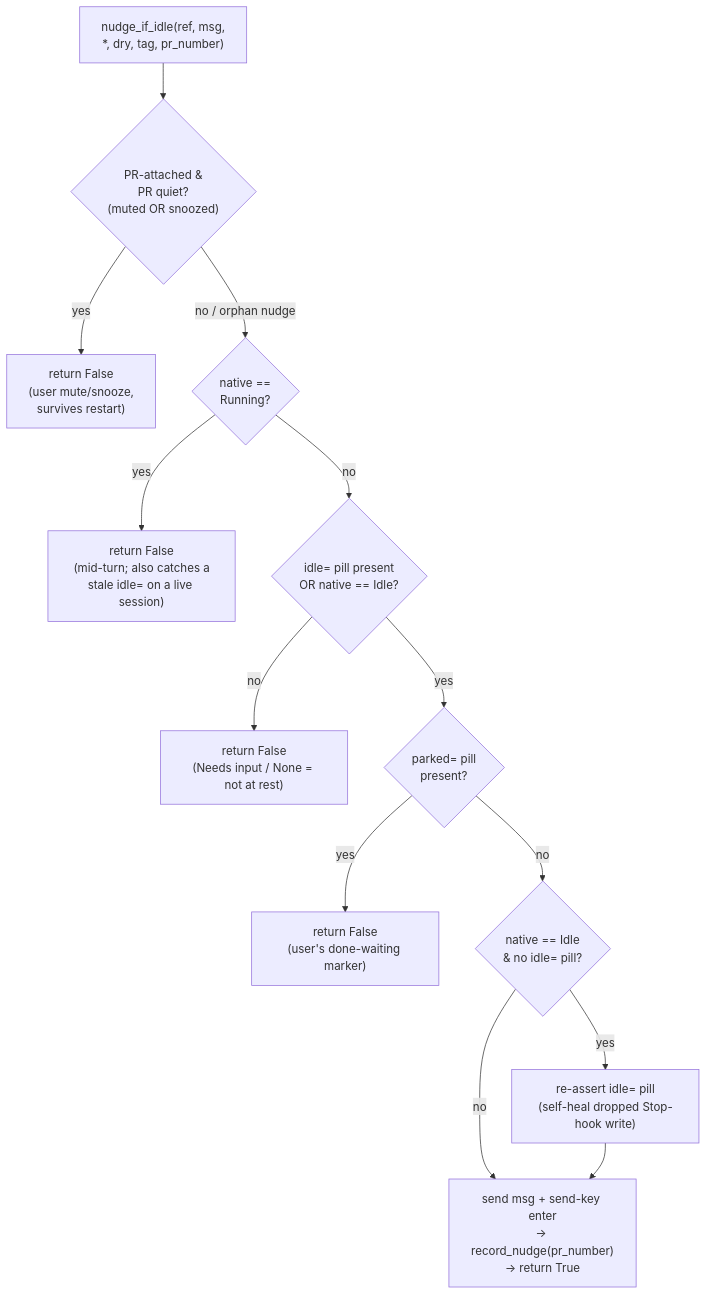
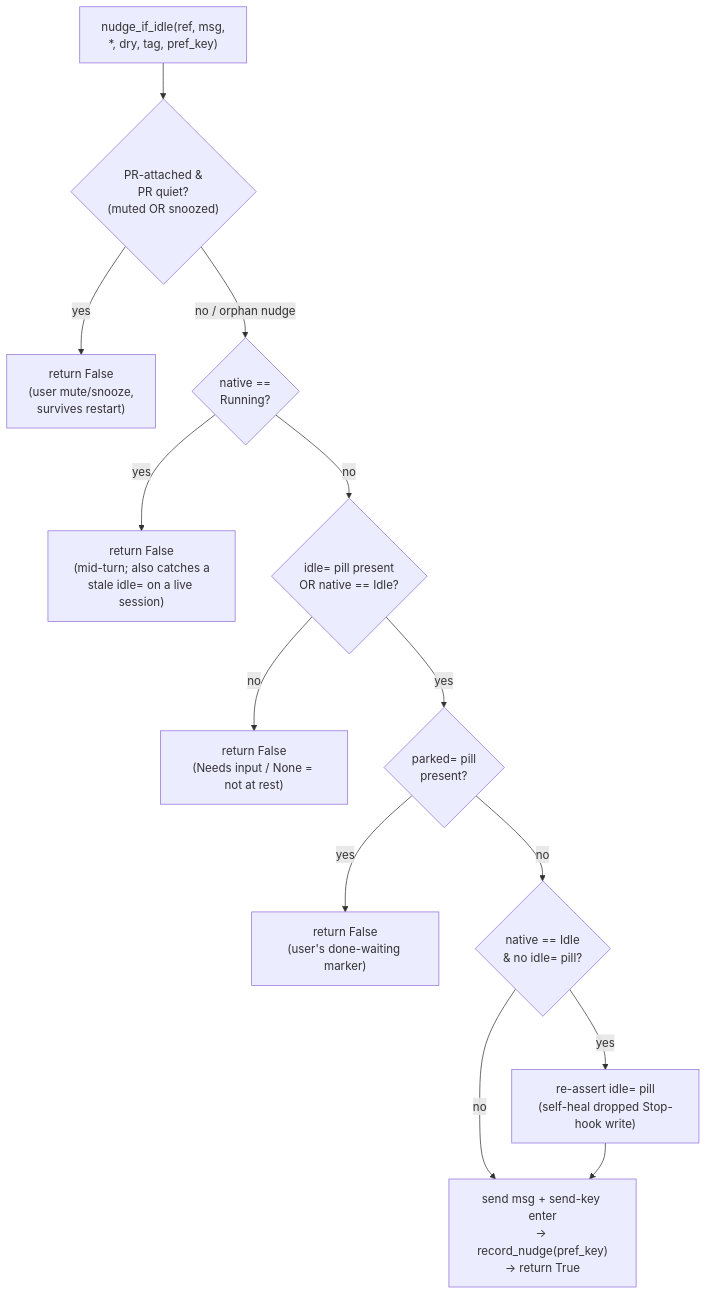
Before and after one commit to khivi/cockpit: the fourth of 5 diagrams in docs/state-machine.md, drawn with Mermaid. The commit also changed other lines of this file and 12 other files, not shown here.

First line of the commit message:
fix(nudge): key prefs per repo and resolve the snooze payload by nwo (#323)

````diff
--- a/docs/state-machine.md
+++ b/docs/state-machine.md
@@ -276,19 +276,19 @@
 ```mermaid
 flowchart TD
-  IN["nudge_if_idle(ref, msg,<br/>*, dry, tag, pr_number)"] --> G1{"PR-attached &<br/>PR quiet?<br/>(muted OR snoozed)"}
+  IN["nudge_if_idle(ref, msg,<br/>*, dry, tag, pref_key)"] --> G1{"PR-attached &<br/>PR quiet?<br/>(muted OR snoozed)"}
   G1 -->|yes| F1["return False<br/>(user mute/snooze,<br/>survives restart)"]
   G1 -->|"no / orphan nudge"| G2{"native ==<br/>Running?"}
 
   G2 -->|yes| F2["return False<br/>(mid-turn; also catches a<br/>stale idle= on a live session)"]
   G2 -->|no| G3{"idle= pill present<br/>OR native == Idle?"}
 
   G3 -->|no| F3["return False<br/>(Needs input / None = not at rest)"]
   G3 -->|yes| G4{"parked= pill<br/>present?"}
 
   G4 -->|yes| F4["return False<br/>(user's done-waiting marker)"]
   G4 -->|no| HEAL{"native == Idle<br/>& no idle= pill?"}
 
   HEAL -->|yes| SELFHEAL["re-assert idle= pill<br/>(self-heal dropped Stop-hook write)"]
   HEAL -->|no| FIRE
-  SELFHEAL --> FIRE["send msg + send-key enter<br/>→ record_nudge(pr_number)<br/>→ return True"]
+  SELFHEAL --> FIRE["send msg + send-key enter<br/>→ record_nudge(pref_key)<br/>→ return True"]
 ```
````
